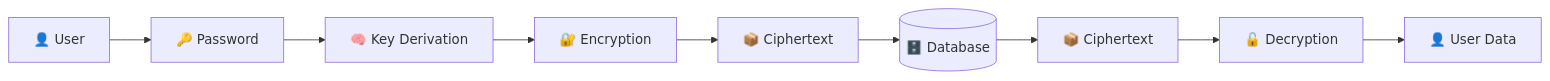
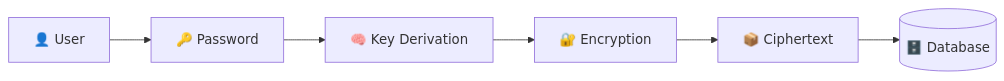
The first of 4 diagrams in README.md (neerajsait/neerajsait), drawn with Mermaid before and after one commit. The commit also changed other lines of this file, not shown here.

````diff
--- a/README.md
+++ b/README.md
@@ -72,11 +67,8 @@
 ```mermaid
 flowchart LR
     A["👤 User"] --> B["🔑 Password"]
     B --> C["🧠 Key Derivation"]
     C --> D["🔐 Encryption"]
     D --> E["📦 Ciphertext"]
     E --> F[("🗄️ Database")]
-    F --> G["📦 Ciphertext"]
-    G --> H["🔓 Decryption"]
-    H --> I["👤 User Data"]
 ```
````
